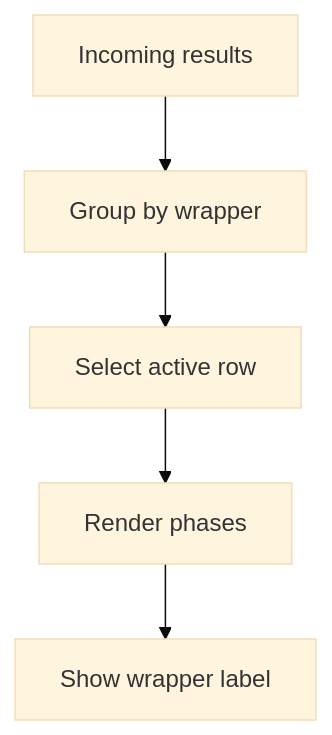
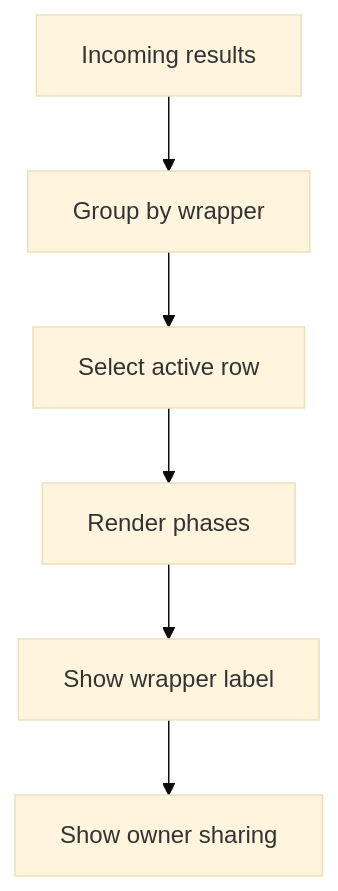
One commit to JohnAndrewBalbarosa/NeoTerritory changed the diagram in docs/Codebase/Frontend/src/components/tabs/GdbRunnerTab.tsx.md. Above: the diagram before and after it, drawn with Mermaid (base theme). The commit also changed other lines of this file and 28 other files, not shown here.

Commit message:
feat: unify assessment wrapper and dev tool flow

````diff
--- a/docs/Codebase/Frontend/src/components/tabs/GdbRunnerTab.tsx.md
+++ b/docs/Codebase/Frontend/src/components/tabs/GdbRunnerTab.tsx.md
@@ -15,7 +15,8 @@
 ```mermaid
 flowchart TD
     A[Incoming results] --> B[Group by wrapper]
     B --> C[Select active row]
     C --> D[Render phases]
     D --> E[Show wrapper label]
+    E --> F[Show owner sharing]
 ```
````
